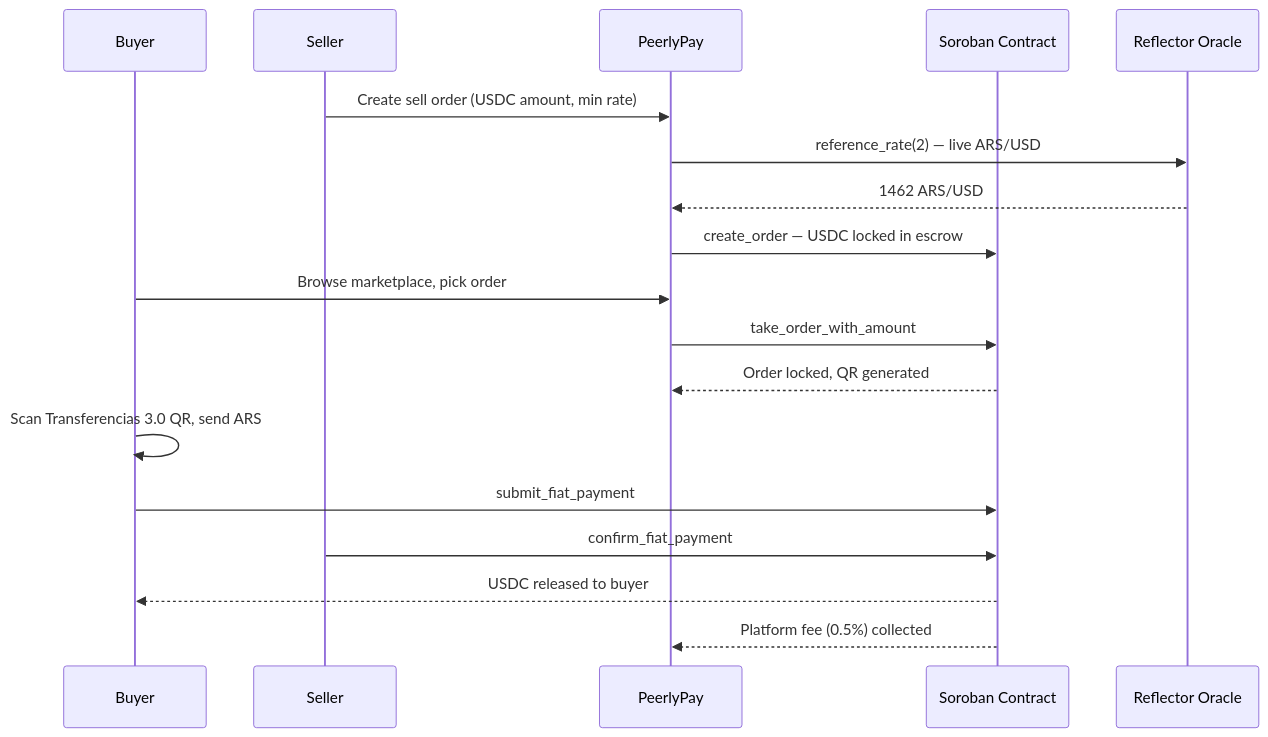
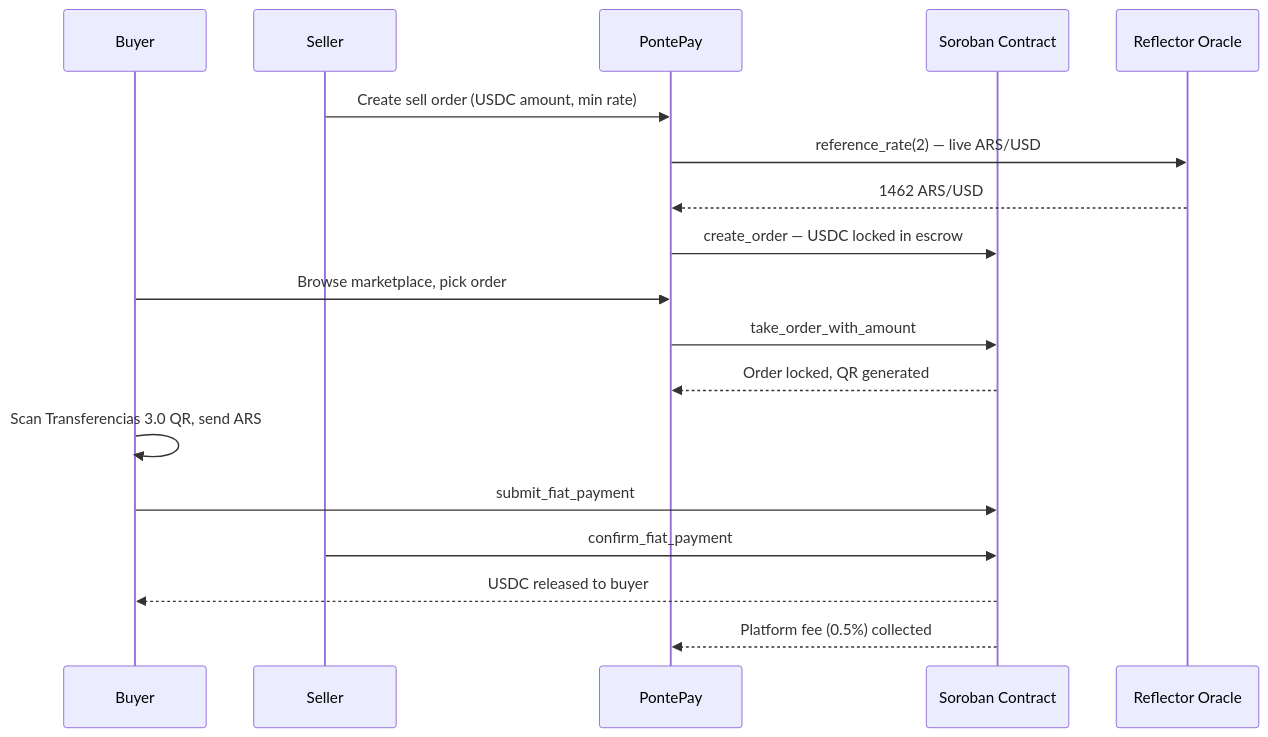
The second of 4 diagrams in README.md (mariaelisaaraya/pontepay), drawn with Mermaid before and after one commit. The commit also changed other lines of this file, not shown here.

Commit message:
Rename PeerlyPay to PontePay in README

````diff
--- a/README.md
+++ b/README.md
@@ -187,23 +187,23 @@
 ```mermaid
 sequenceDiagram
     participant B as Buyer
     participant S as Seller
-    participant APP as PeerlyPay
+    participant APP as PontePay
     participant CTR as Soroban Contract
     participant ORC as Reflector Oracle
 
     S->>APP: Create sell order (USDC amount, min rate)
     APP->>ORC: reference_rate(2) — live ARS/USD
     ORC-->>APP: 1462 ARS/USD
     APP->>CTR: create_order — USDC locked in escrow
 
     B->>APP: Browse marketplace, pick order
     APP->>CTR: take_order_with_amount
     CTR-->>APP: Order locked, QR generated
 
     B->>B: Scan Transferencias 3.0 QR, send ARS
     B->>CTR: submit_fiat_payment
     S->>CTR: confirm_fiat_payment
     CTR-->>B: USDC released to buyer
     CTR-->>APP: Platform fee (0.5%) collected
 ```
````
